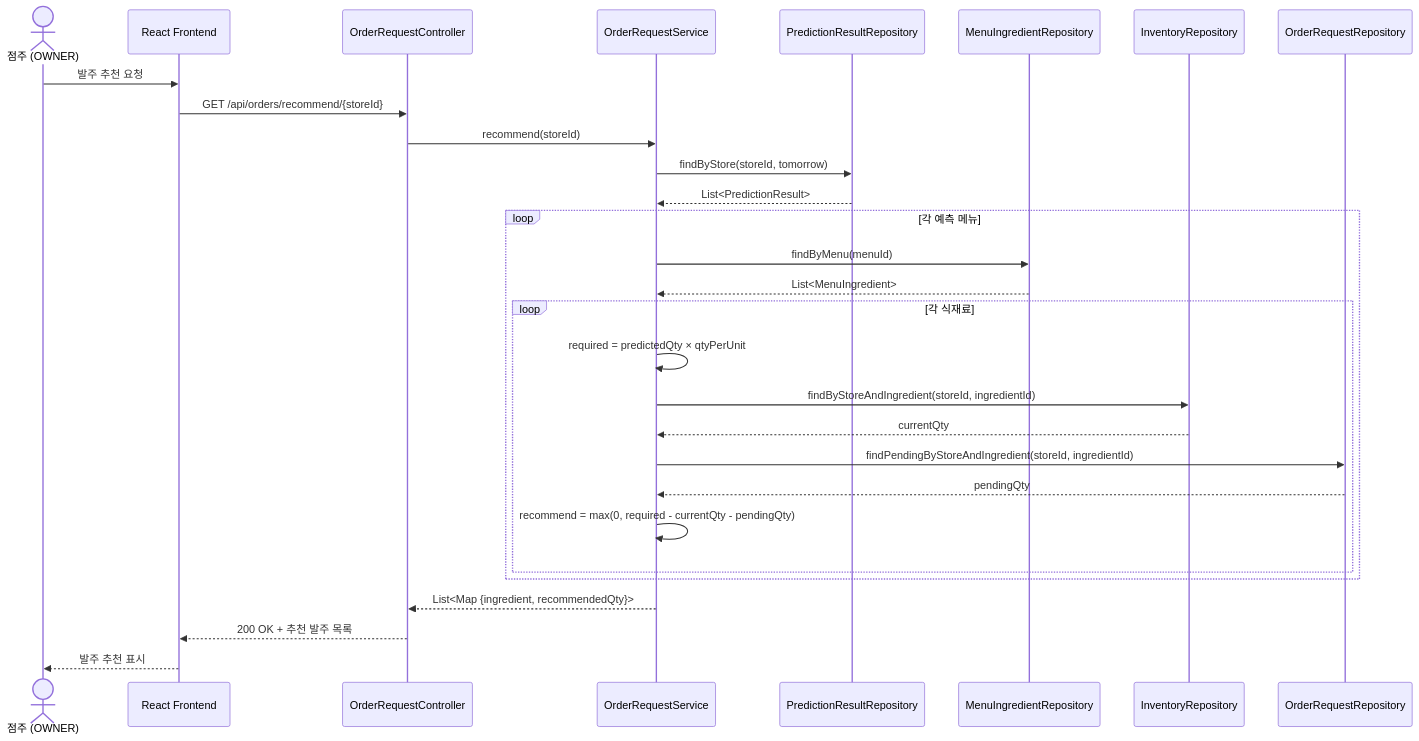
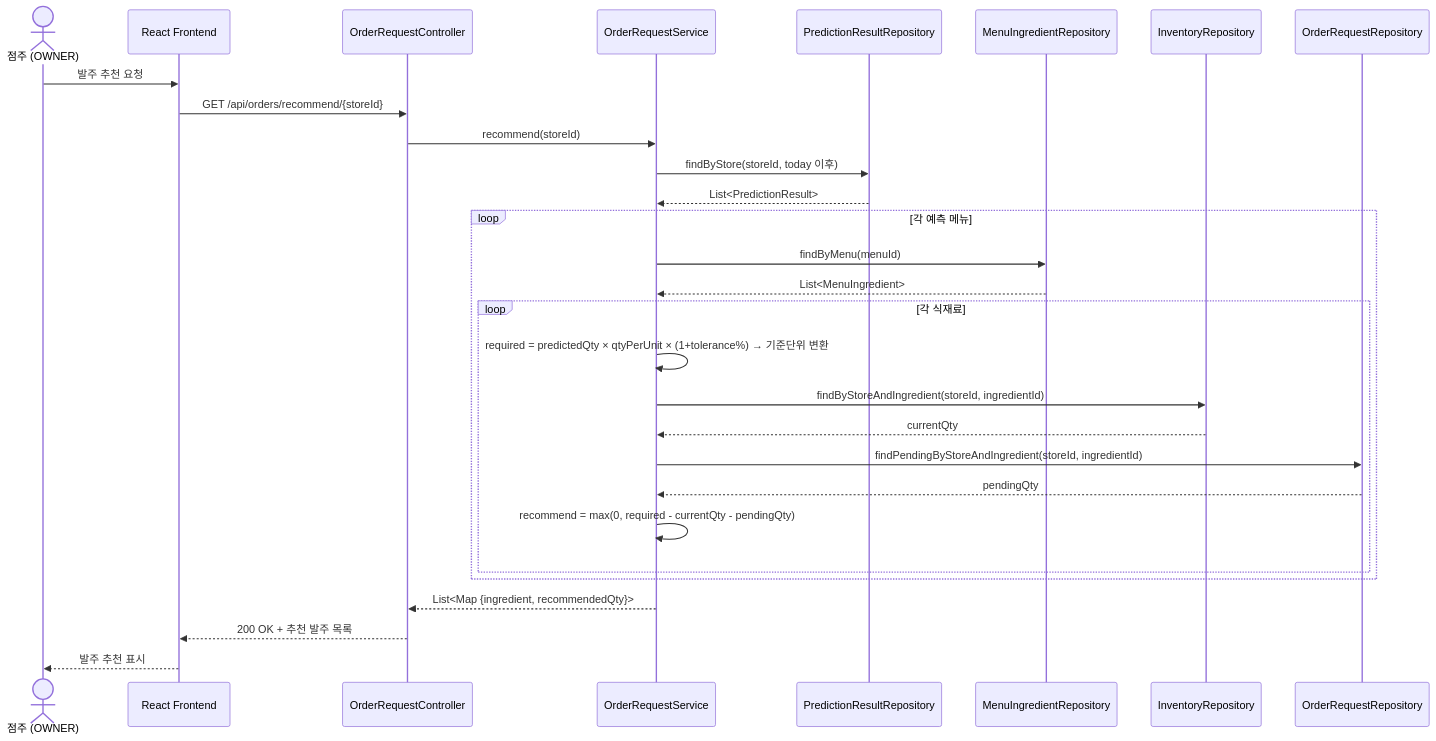
One commit to Food-G/FoodGuard changed the third of 4 diagrams in uml/sequence-prediction.md. Above: the diagram before and after it, drawn with Mermaid. The commit also changed other lines of this file and 3 other files, not shown here.

Commit message:
docs(uml): 아키텍처·ERD·시퀀스·유스케이스 갱신

````diff
--- a/uml/sequence-prediction.md
+++ b/uml/sequence-prediction.md
@@ -75,36 +75,36 @@
 ```mermaid
 sequenceDiagram
     actor Owner as 점주 (OWNER)
     participant FE as React Frontend
     participant ORC as OrderRequestController
     participant ORS as OrderRequestService
     participant PRR as PredictionResultRepository
     participant MIR as MenuIngredientRepository
     participant INV as InventoryRepository
     participant ORR as OrderRequestRepository
 
     Owner->>FE: 발주 추천 요청
     FE->>ORC: GET /api/orders/recommend/{storeId}
     ORC->>ORS: recommend(storeId)
 
-    ORS->>PRR: findByStore(storeId, tomorrow)
+    ORS->>PRR: findByStore(storeId, today 이후)
     PRR-->>ORS: List<PredictionResult>
 
     loop 각 예측 메뉴
         ORS->>MIR: findByMenu(menuId)
         MIR-->>ORS: List<MenuIngredient>
 
         loop 각 식재료
-            ORS->>ORS: required = predictedQty × qtyPerUnit
+            ORS->>ORS: required = predictedQty × qtyPerUnit × (1+tolerance%) → 기준단위 변환
             ORS->>INV: findByStoreAndIngredient(storeId, ingredientId)
             INV-->>ORS: currentQty
             ORS->>ORR: findPendingByStoreAndIngredient(storeId, ingredientId)
             ORR-->>ORS: pendingQty
             ORS->>ORS: recommend = max(0, required - currentQty - pendingQty)
         end
     end
 
     ORS-->>ORC: List<Map {ingredient, recommendedQty}>
     ORC-->>FE: 200 OK + 추천 발주 목록
     FE-->>Owner: 발주 추천 표시
 ```
````
